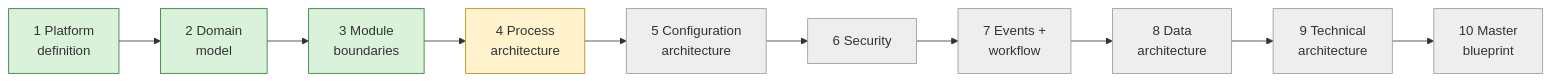
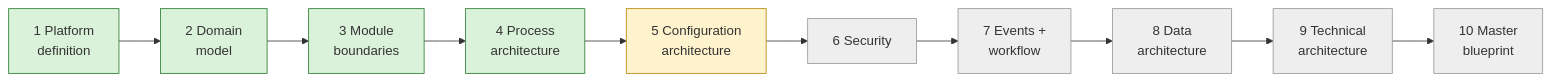
One commit to adityayadav30561-rgb/MASTER-ERP changed the diagram in docs/00-context/CURRENT-STATE.md. Above: the diagram before and after it, drawn with Mermaid. The commit also changed other lines of this file and 33 other files, not shown here.

````diff
--- a/docs/00-context/CURRENT-STATE.md
+++ b/docs/00-context/CURRENT-STATE.md
@@ -11,8 +11,8 @@
 ```mermaid
 flowchart LR
-    S1["1 Platform<br/>definition"]:::done --> S2["2 Domain<br/>model"]:::done --> S3["3 Module<br/>boundaries"]:::done --> S4["4 Process<br/>architecture"]:::review --> S5["5 Configuration<br/>architecture"]:::todo
+    S1["1 Platform<br/>definition"]:::done --> S2["2 Domain<br/>model"]:::done --> S3["3 Module<br/>boundaries"]:::done --> S4["4 Process<br/>architecture"]:::done --> S5["5 Configuration<br/>architecture"]:::review
     S5 --> S6["6 Security"]:::todo --> S7["7 Events +<br/>workflow"]:::todo --> S8["8 Data<br/>architecture"]:::todo --> S9["9 Technical<br/>architecture"]:::todo --> S10["10 Master<br/>blueprint"]:::todo
     classDef done fill:#d9f2d9,stroke:#2e7d32
     classDef review fill:#fff3cd,stroke:#b8860b
     classDef todo fill:#eeeeee,stroke:#999999
 ```
````
